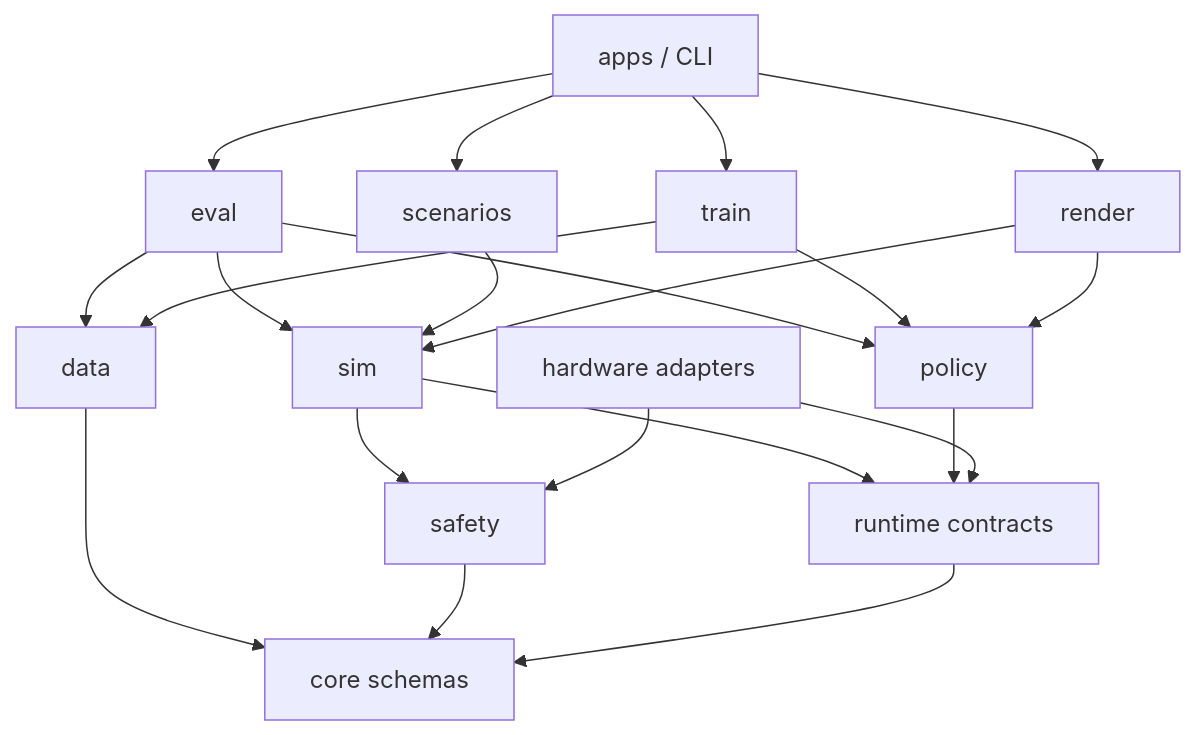
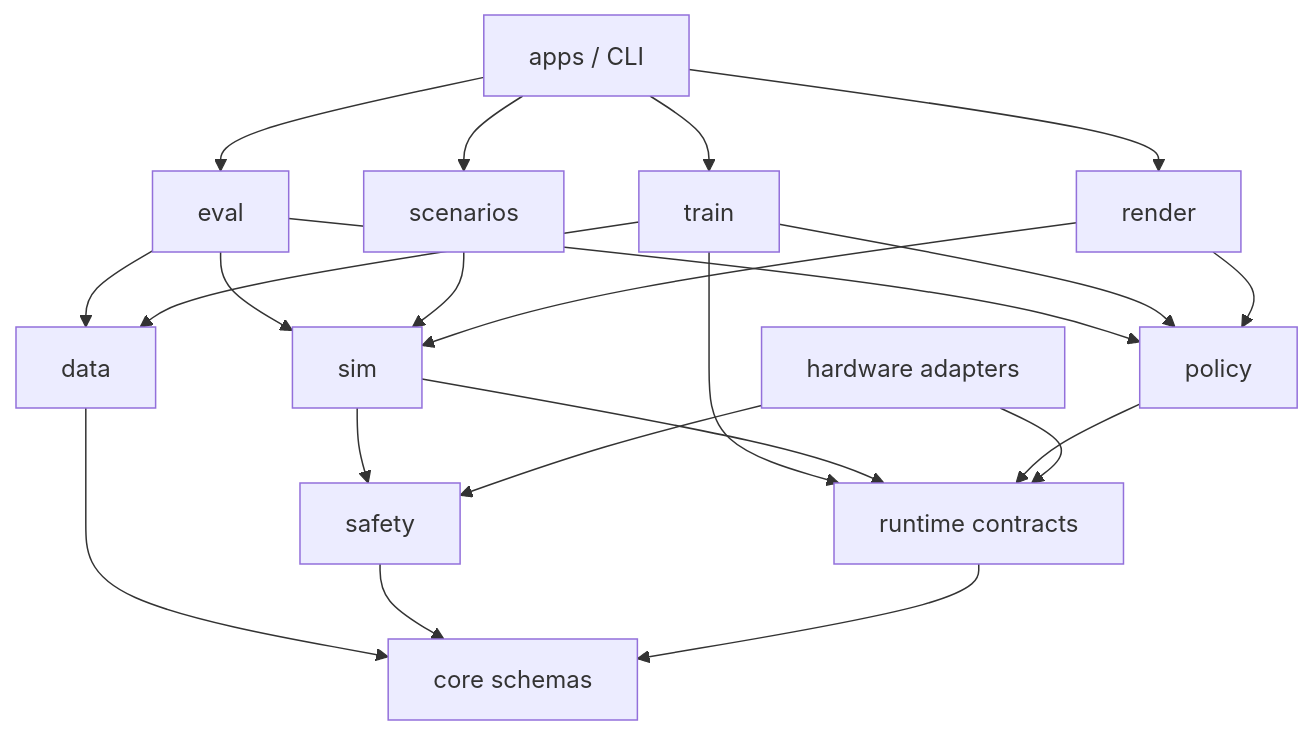
Before and after one commit to louisyoungx/hwr: the first of 2 diagrams in docs/architecture.md, drawn with Mermaid. The commit also changed other lines of this file and 6 other files, not shown here.

````diff
--- a/docs/architecture.md
+++ b/docs/architecture.md
@@ -26,23 +27,24 @@
 ```mermaid
 flowchart TB
     A[apps / CLI] --> B[eval]
     A --> C[train]
     A --> D[scenarios]
     A --> L[render]
     B --> E[policy]
     B --> F[sim]
     B --> G[data]
     C --> E
     C --> G
+    C --> H
     D --> F
     F --> H[runtime contracts]
     F --> I[safety]
     E --> H
     G --> J[core schemas]
     I --> J
     H --> J
     K[hardware adapters] --> H
     K --> I
     L --> F
     L --> E
 ```
````
